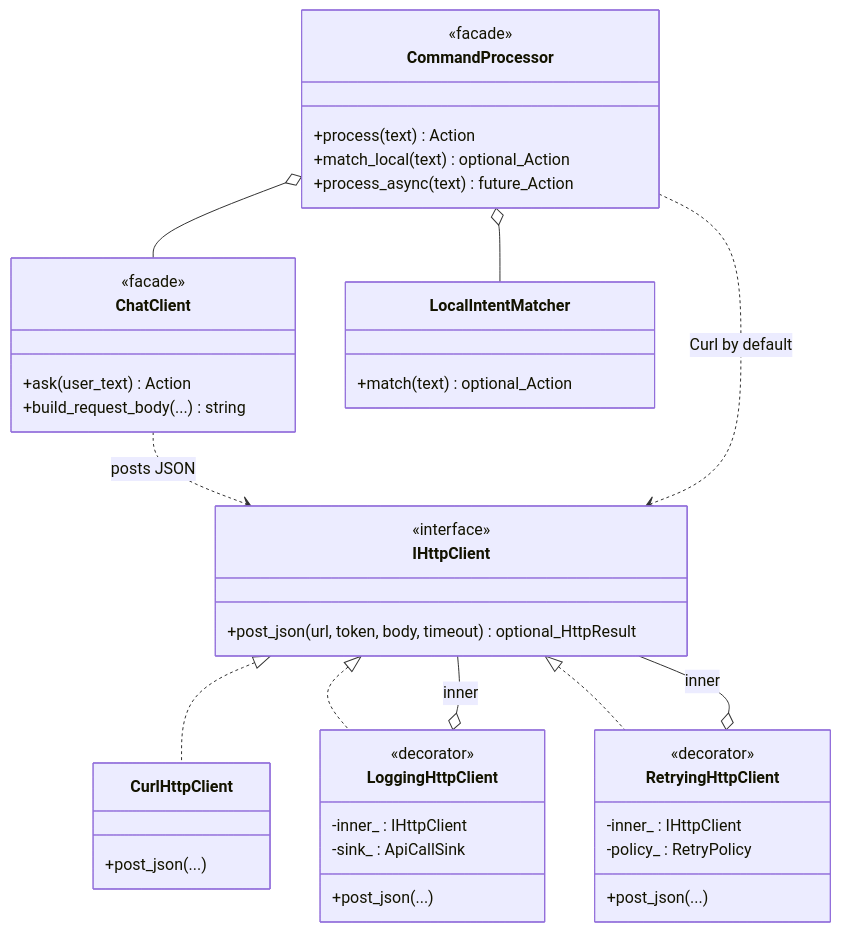
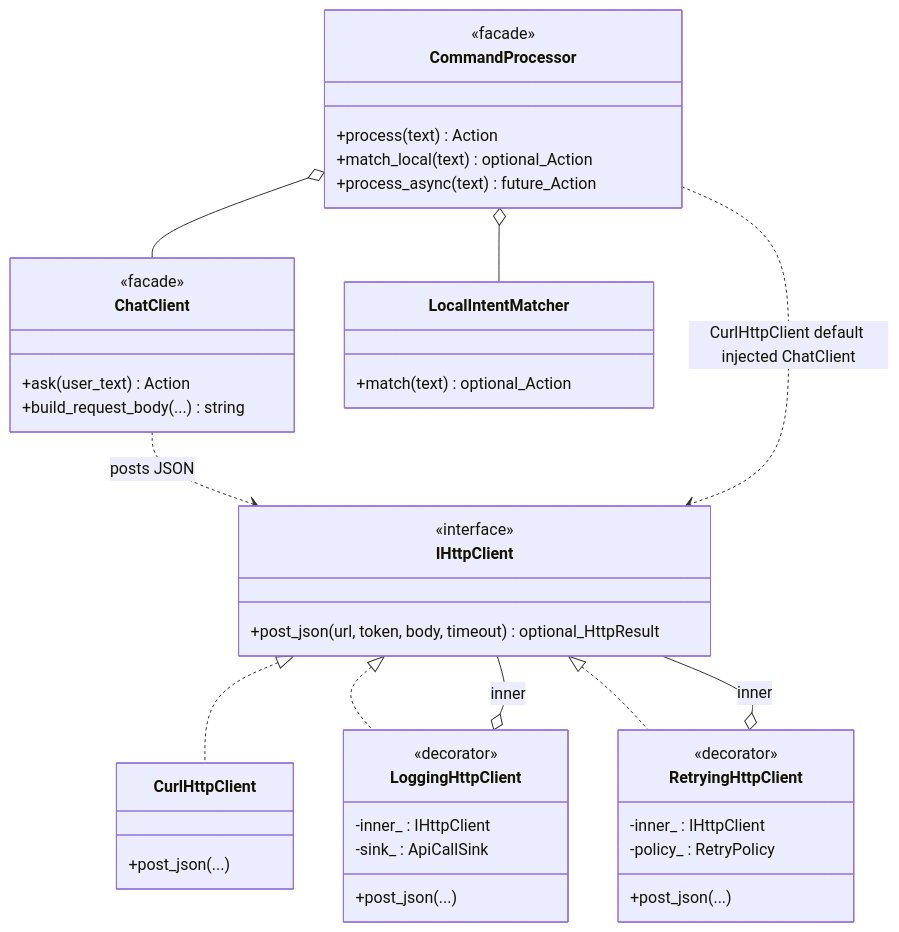
One commit to vduckute1812/hecquin changed the first of 2 diagrams in sound/src/ai/README.md. Above: the diagram before and after it, drawn with Mermaid. The commit also changed other lines of this file and 16 other files, not shown here.

````diff
--- a/sound/src/ai/README.md
+++ b/sound/src/ai/README.md
@@ -70,46 +77,46 @@
 ```mermaid
 classDiagram
     class IHttpClient {
         <<interface>>
         +post_json(url, token, body, timeout) optional_HttpResult
     }
     class CurlHttpClient {
         +post_json(...)
     }
     class LoggingHttpClient {
         <<decorator>>
         -inner_ : IHttpClient
         -sink_ : ApiCallSink
         +post_json(...)
     }
     class RetryingHttpClient {
         <<decorator>>
         -inner_ : IHttpClient
         -policy_ : RetryPolicy
         +post_json(...)
     }
     class ChatClient {
         <<facade>>
         +ask(user_text) Action
         +build_request_body(...) string
     }
     class LocalIntentMatcher {
         +match(text) optional_Action
     }
     class CommandProcessor {
         <<facade>>
         +process(text) Action
         +match_local(text) optional_Action
         +process_async(text) future_Action
     }
 
     IHttpClient <|.. CurlHttpClient
     IHttpClient <|.. LoggingHttpClient
     IHttpClient <|.. RetryingHttpClient
     LoggingHttpClient o-- IHttpClient : inner
     RetryingHttpClient o-- IHttpClient : inner
     ChatClient ..> IHttpClient : posts JSON
     CommandProcessor o-- LocalIntentMatcher
     CommandProcessor o-- ChatClient
-    CommandProcessor ..> IHttpClient : Curl by default
+    CommandProcessor ..> IHttpClient : CurlHttpClient default injected ChatClient
 ```
````
